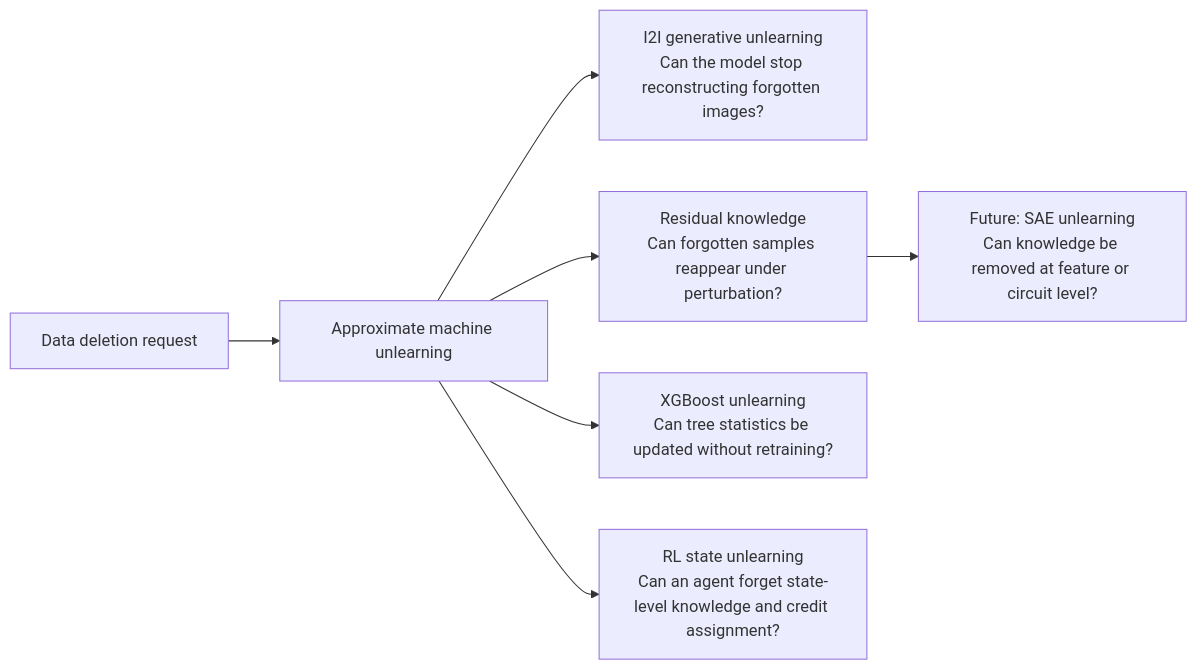
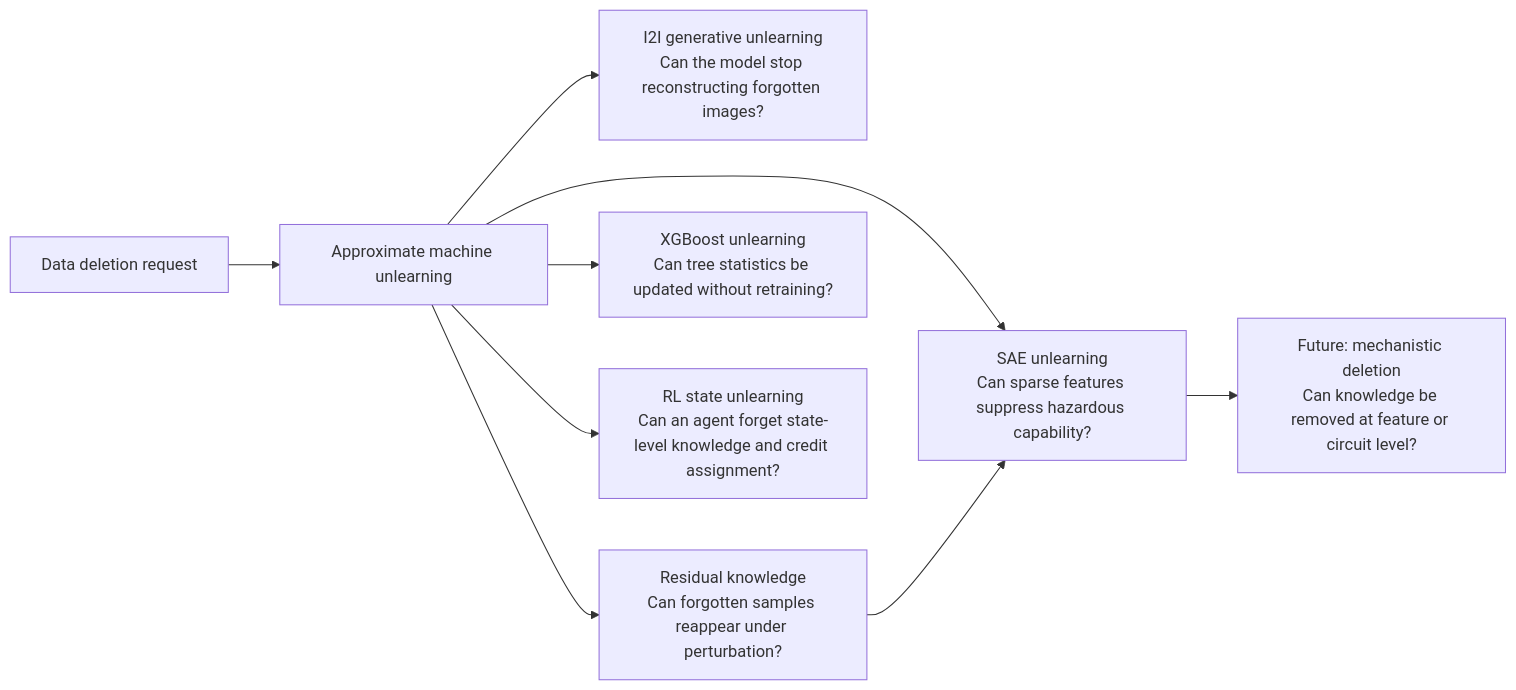
One commit to HsiangHsu/knowledge-removal changed the diagram in README.md. Above: the diagram before and after it, drawn with Mermaid. The commit also changed other lines of this file, not shown here.

````diff
--- a/README.md
+++ b/README.md
@@ -38,9 +39,11 @@
 ```mermaid
 flowchart LR
     A[Data deletion request] --> B[Approximate machine unlearning]
     B --> C[I2I generative unlearning<br/>Can the model stop reconstructing forgotten images?]
     B --> D[Residual knowledge<br/>Can forgotten samples reappear under perturbation?]
     B --> E[XGBoost unlearning<br/>Can tree statistics be updated without retraining?]
     B --> F[RL state unlearning<br/>Can an agent forget state-level knowledge and credit assignment?]
-    D --> G[Future: SAE unlearning<br/>Can knowledge be removed at feature or circuit level?]
+    B --> G[SAE unlearning<br/>Can sparse features suppress hazardous capability?]
+    D --> G
+    G --> H[Future: mechanistic deletion<br/>Can knowledge be removed at feature or circuit level?]
 ```
````
